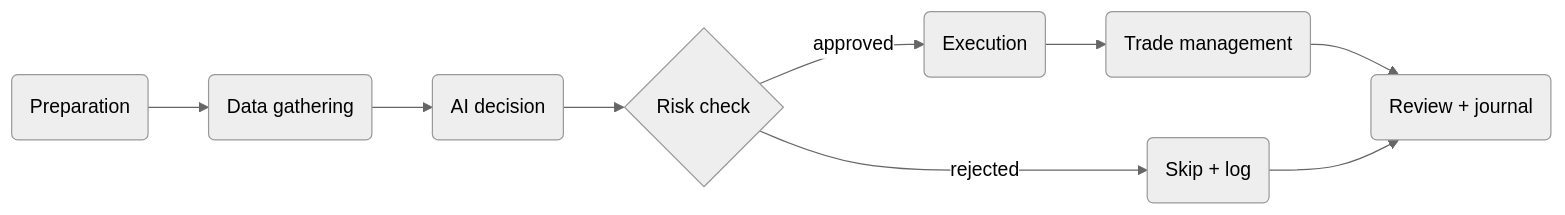
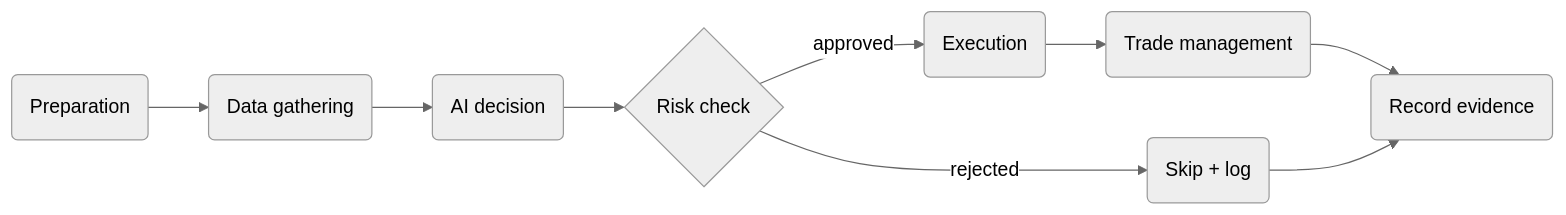
One commit to simeon-vanov/cortiq-public changed the diagram in src/content/docs/trading-cycle/overview.md. Above: the diagram before and after it, drawn with Mermaid (neutral theme). The commit also changed other lines of this file and 46 other files, not shown here.

````diff
--- a/src/content/docs/trading-cycle/overview.md
+++ b/src/content/docs/trading-cycle/overview.md
@@ -18,11 +19,11 @@
 ```mermaid
 flowchart LR
   Pre(Preparation) --> Gather(Data gathering)
   Gather --> Decide(AI decision)
   Decide --> Risk{Risk check}
   Risk -->|approved| Exec(Execution)
   Risk -->|rejected| Skip(Skip + log)
   Exec --> Manage(Trade management)
-  Manage --> Review(Review + journal)
+  Manage --> Review(Record evidence)
   Skip --> Review
 ```
````
